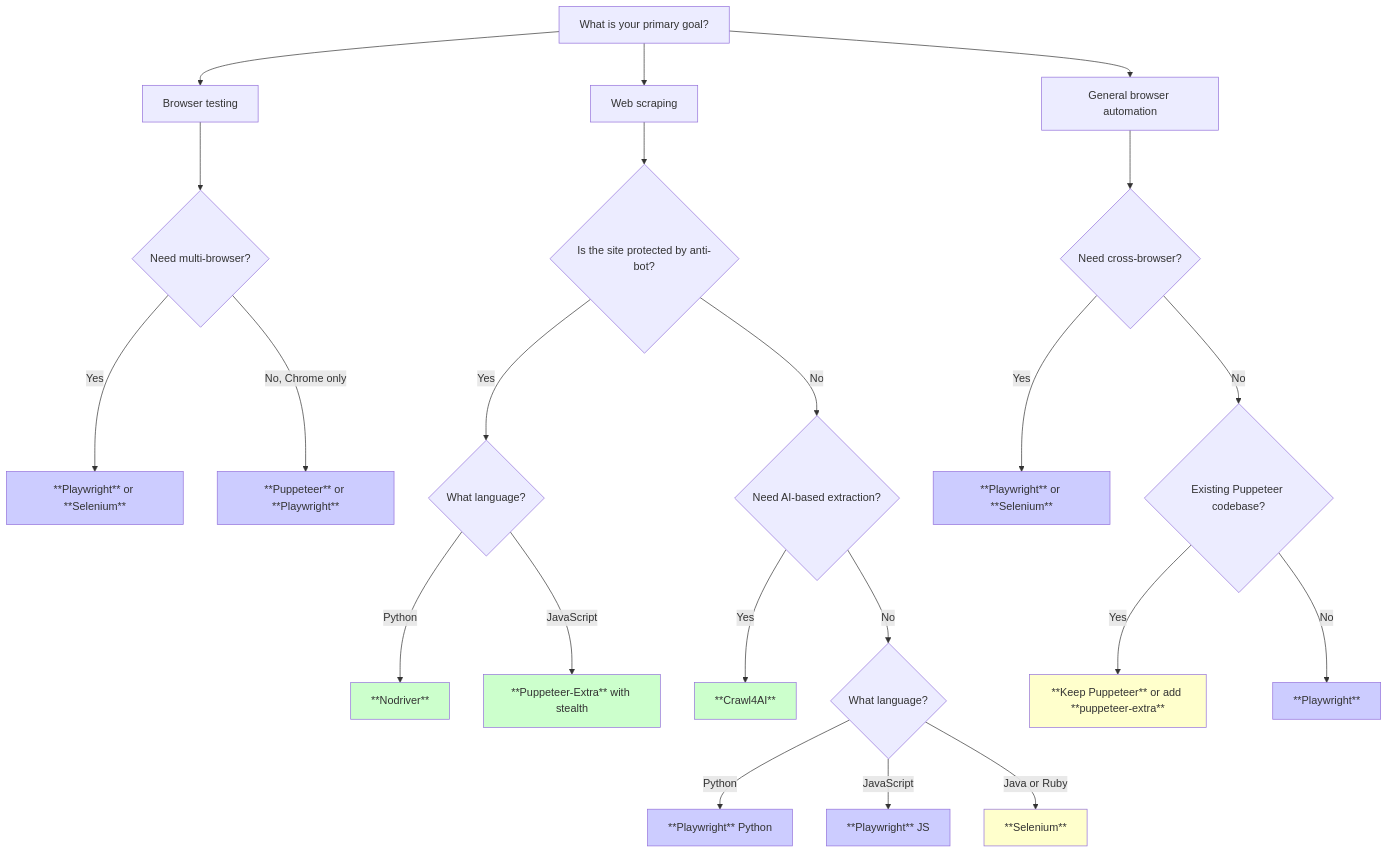
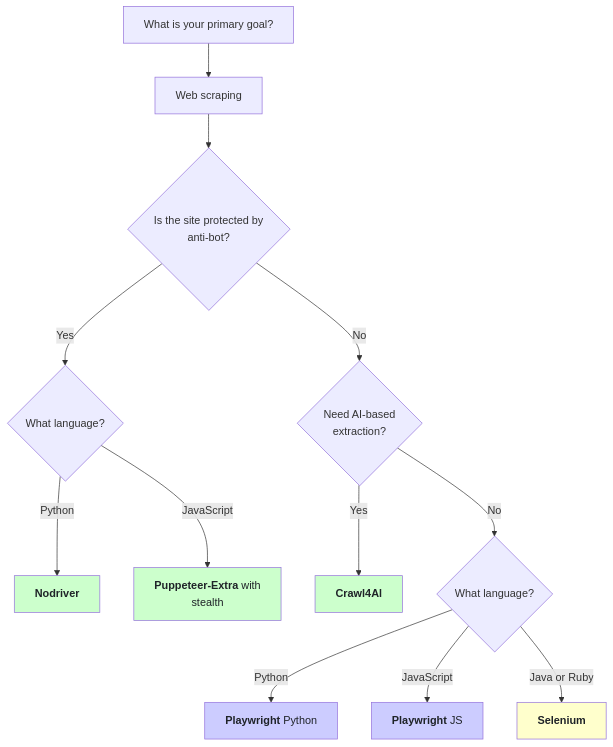
The third of 3 diagrams in _posts/2026-03-04-top-puppeteer-alternatives-what-to-use-instead.md (bytetunnels/bytetunnels.github.com), drawn with Mermaid before and after one commit. The commit also changed other lines of this file and 118 other files, not shown here.

Commit message:
feat: improve diagram styling and compact wide flowcharts

````diff
--- a/_posts/2026-03-04-top-puppeteer-alternatives-what-to-use-instead.md
+++ b/_posts/2026-03-04-top-puppeteer-alternatives-what-to-use-instead.md
@@ -287,42 +321,26 @@
 ```mermaid
 flowchart TD
-    A["What is your primary goal?"] --> B["Browser testing"]
     A --> C["Web scraping"]
-    A --> D["General browser automation"]
 
-    B --> E{"Need multi-browser?"}
-    E -->|Yes| F["**Playwright** or **Selenium**"]
-    E -->|No, Chrome only| G["**Puppeteer** or **Playwright**"]
+    C --> H{"Is the site protected by<br/>anti-bot?"}
+    H -->|Yes| I{"What language?"}
+    H -->|No| J{"Need AI-based<br/>extraction?"}
 
-    C --> H{"Is the site protected by anti-bot?"}
-    H -->|Yes| I{"What language?"}
-    H -->|No| J{"Need AI-based extraction?"}
+    I -->|Python| K["<b>Nodriver</b>"]
+    I -->|JavaScript| L["<b>Puppeteer-Extra</b> with<br/>stealth"]
 
-    I -->|Python| K["**Nodriver**"]
-    I -->|JavaScript| L["**Puppeteer-Extra** with stealth"]
-
-    J -->|Yes| M["**Crawl4AI**"]
+    J -->|Yes| M["<b>Crawl4AI</b>"]
     J -->|No| N{"What language?"}
 
-    N -->|Python| O["**Playwright** Python"]
-    N -->|JavaScript| P["**Playwright** JS"]
-    N -->|Java or Ruby| Q["**Selenium**"]
+    N -->|Python| O["<b>Playwright</b> Python"]
+    N -->|JavaScript| P["<b>Playwright</b> JS"]
+    N -->|Java or Ruby| Q["<b>Selenium</b>"]
 
-    D --> R{"Need cross-browser?"}
-    R -->|Yes| S["**Playwright** or **Selenium**"]
-    R -->|No| T{"Existing Puppeteer codebase?"}
-    T -->|Yes| U["**Keep Puppeteer** or add **puppeteer-extra**"]
-    T -->|No| V["**Playwright**"]
-
-    style K fill:#ccffcc
-    style L fill:#ccffcc
-    style M fill:#ccffcc
-    style F fill:#ccccff
-    style G fill:#ccccff
-    style O fill:#ccccff
-    style P fill:#ccccff
-    style Q fill:#ffffcc
-    style S fill:#ccccff
-    style U fill:#ffffcc
-    style V fill:#ccccff
+    style K fill:#ccffcc,color:#1f2328
+    style L fill:#ccffcc,color:#1f2328
+    style M fill:#ccffcc,color:#1f2328
+    style O fill:#ccccff,color:#1f2328
+    style P fill:#ccccff,color:#1f2328
+    style Q fill:#ffffcc,color:#1f2328
+    A["What is your primary goal?"]
 ```
````
